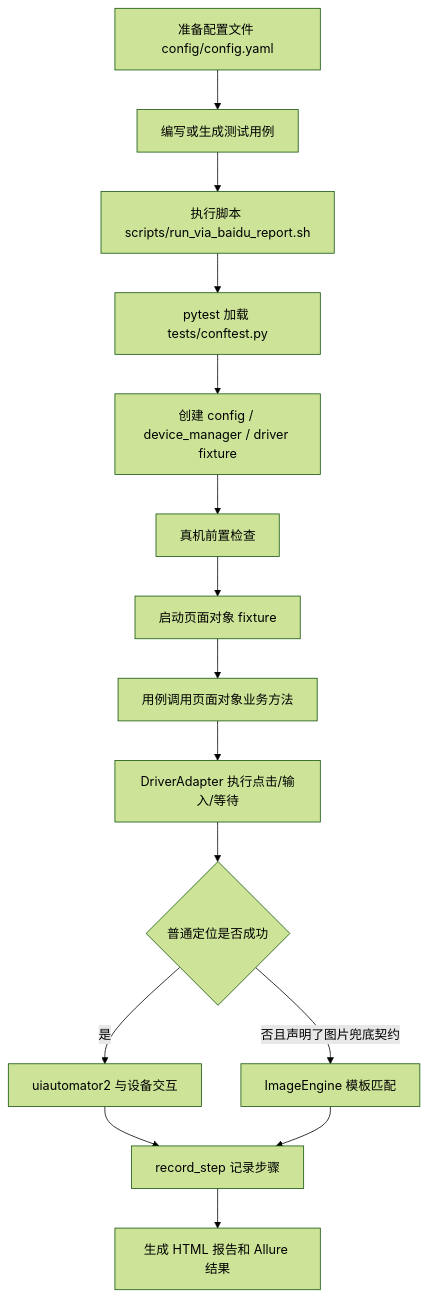
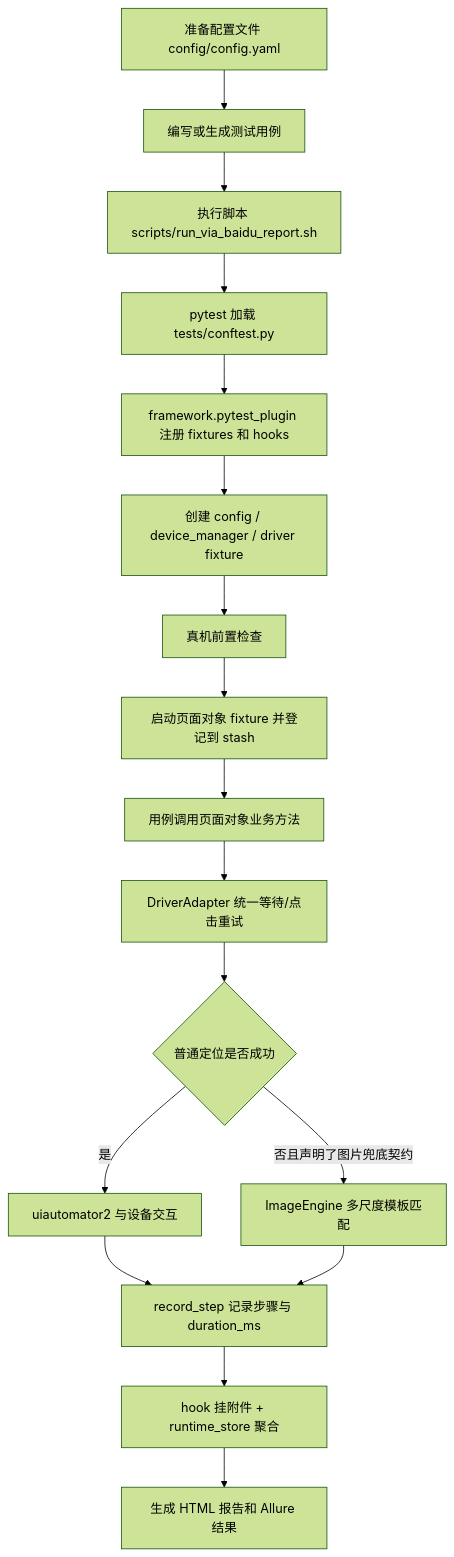
One commit to leaveeeeeee/ai-android-ui-autotest-framework changed the first of 3 diagrams in docs/framework_flow.md. Above: the diagram before and after it, drawn with Mermaid (forest theme). The commit also changed other lines of this file and 38 other files, not shown here.

Commit message:
feat(framework): complete architecture cleanup roadmap

````diff
--- a/docs/framework_flow.md
+++ b/docs/framework_flow.md
@@ -10,17 +10,19 @@
 ```mermaid
 flowchart TD
     A[准备配置文件 config/config.yaml] --> B[编写或生成测试用例]
     B --> C[执行脚本 scripts/run_via_baidu_report.sh]
     C --> D[pytest 加载 tests/conftest.py]
-    D --> E[创建 config / device_manager / driver fixture]
-    E --> F[真机前置检查]
-    F --> G[启动页面对象 fixture]
-    G --> H[用例调用页面对象业务方法]
-    H --> I[DriverAdapter 执行点击/输入/等待]
-    I --> J{普通定位是否成功}
-    J -- 是 --> K[uiautomator2 与设备交互]
-    J -- 否且声明了图片兜底契约 --> L[ImageEngine 模板匹配]
-    K --> M[record_step 记录步骤]
-    L --> M
-    M --> N[生成 HTML 报告和 Allure 结果]
+    D --> E[framework.pytest_plugin 注册 fixtures 和 hooks]
+    E --> F[创建 config / device_manager / driver fixture]
+    F --> G[真机前置检查]
+    G --> H[启动页面对象 fixture 并登记到 stash]
+    H --> I[用例调用页面对象业务方法]
+    I --> J[DriverAdapter 统一等待/点击重试]
+    J --> K{普通定位是否成功}
+    K -- 是 --> L[uiautomator2 与设备交互]
+    K -- 否且声明了图片兜底契约 --> M[ImageEngine 多尺度模板匹配]
+    L --> N[record_step 记录步骤与 duration_ms]
+    M --> N
+    N --> O[hook 挂附件 + runtime_store 聚合]
+    O --> P[生成 HTML 报告和 Allure 结果]
 ```
````
